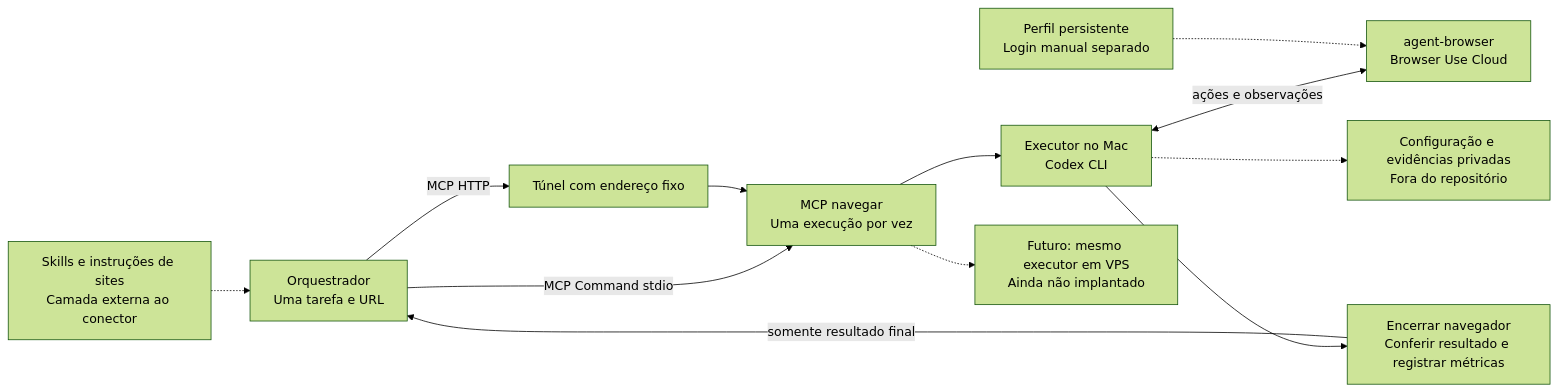
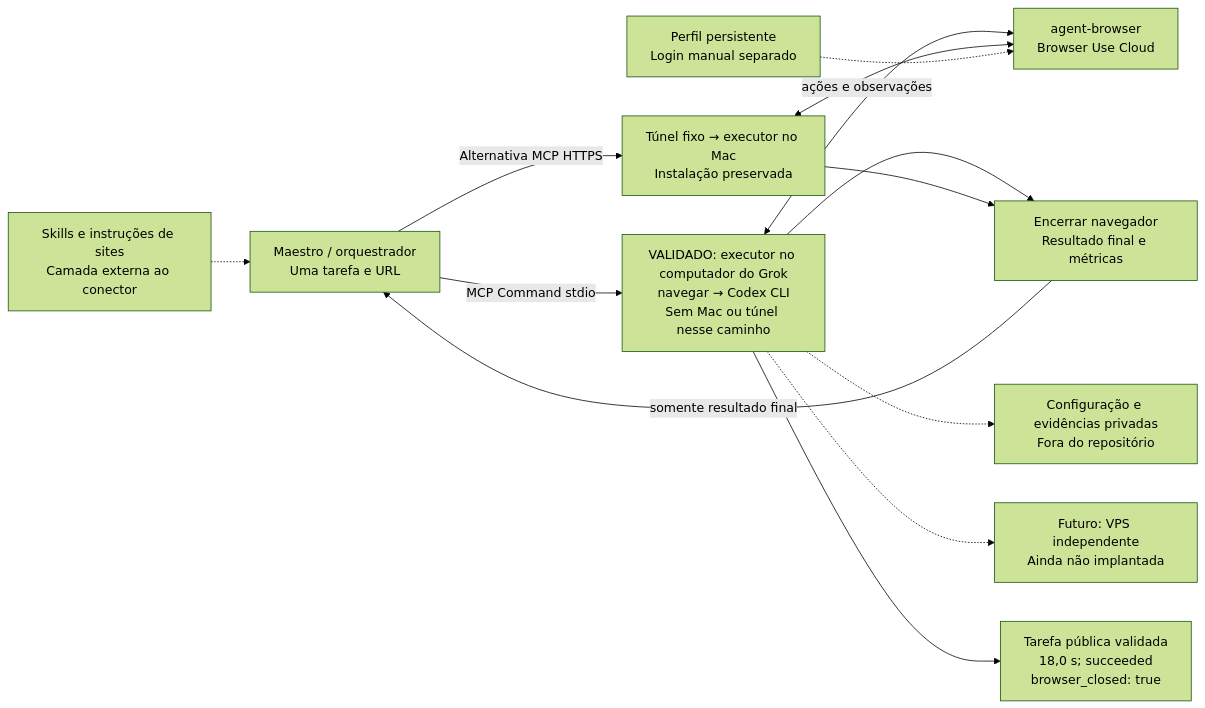
Before and after one commit to holive/codex-browser-bridge: the diagram in docs/architecture.mmd, drawn with Mermaid (forest theme). The commit also changed 4 other files, not shown here.

Commit message:
Document validated Grok command deployment and final-only result

```diff
--- a/docs/architecture.mmd
+++ b/docs/architecture.mmd
@@ -1,12 +1,13 @@
 flowchart LR
-    K["Skills e instruções de sites<br/>Camada externa ao conector"] -.-> O["Orquestrador<br/>Uma tarefa e URL"]
-    O -->|MCP HTTP| T["Túnel com endereço fixo"]
-    O -->|MCP Command stdio| M
-    T --> M["MCP navegar<br/>Uma execução por vez"]
-    M --> E["Executor no Mac<br/>Codex CLI"]
-    E <-->|ações e observações| B["agent-browser<br/>Browser Use Cloud"]
+    K["Skills e instruções de sites<br/>Camada externa ao conector"] -.-> O["Maestro / orquestrador<br/>Uma tarefa e URL"]
+    O -->|MCP Command stdio| G["VALIDADO: executor no computador do Grok<br/>navegar → Codex CLI<br/>Sem Mac ou túnel nesse caminho"]
+    O -->|Alternativa MCP HTTPS| T["Túnel fixo → executor no Mac<br/>Instalação preservada"]
+    G <-->|ações e observações| B["agent-browser<br/>Browser Use Cloud"]
+    T <--> B
     P["Perfil persistente<br/>Login manual separado"] -.-> B
-    E --> C["Encerrar navegador<br/>Conferir resultado e registrar métricas"]
+    G --> C["Encerrar navegador<br/>Resultado final e métricas"]
+    T --> C
     C -->|somente resultado final| O
-    E -.-> L["Configuração e evidências privadas<br/>Fora do repositório"]
-    M -.-> V["Futuro: mesmo executor em VPS<br/>Ainda não implantado"]
+    G -.-> L["Configuração e evidências privadas<br/>Fora do repositório"]
+    G -.-> V["Futuro: VPS independente<br/>Ainda não implantada"]
+    G --> R["Tarefa pública validada<br/>18,0 s; succeeded<br/>browser_closed: true"]
```
